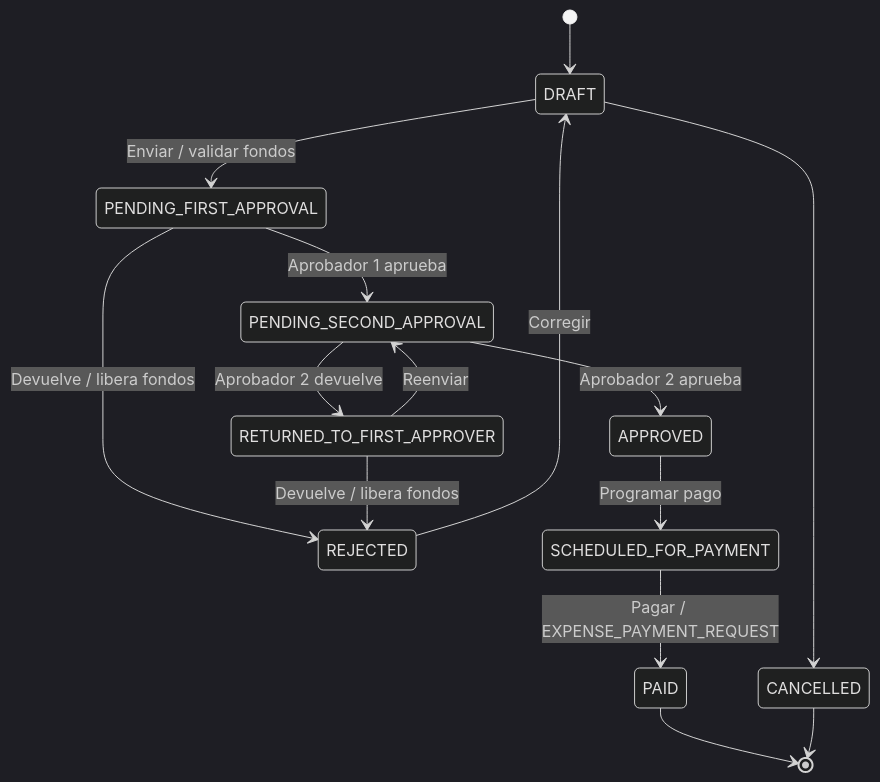
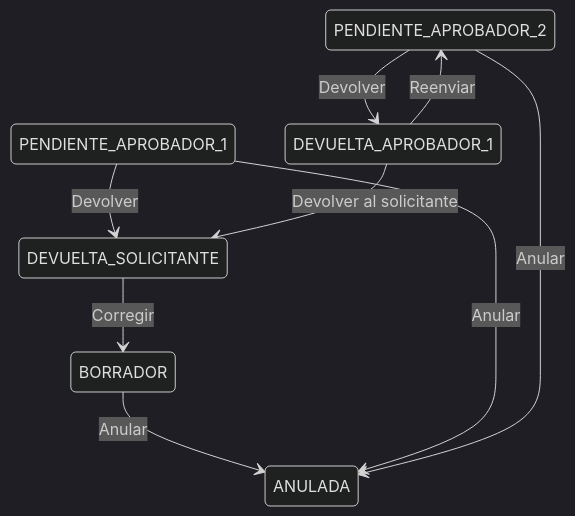
The second of 5 diagrams in docs/04-state-machine.md (DevSantiago/sistema-obras), drawn with Mermaid (dark theme) before and after one commit. The commit also changed other lines of this file and 18 other files, not shown here.

````diff
--- a/docs/04-state-machine.md
+++ b/docs/04-state-machine.md
@@ -46,17 +32,11 @@
 ```mermaid
 stateDiagram-v2
-    [*] --> DRAFT
-    DRAFT --> PENDING_FIRST_APPROVAL: Enviar / validar fondos
-    DRAFT --> CANCELLED
-    PENDING_FIRST_APPROVAL --> PENDING_SECOND_APPROVAL: Aprobador 1 aprueba
-    PENDING_FIRST_APPROVAL --> REJECTED: Devuelve / libera fondos
-    PENDING_SECOND_APPROVAL --> APPROVED: Aprobador 2 aprueba
-    PENDING_SECOND_APPROVAL --> RETURNED_TO_FIRST_APPROVER: Aprobador 2 devuelve
-    RETURNED_TO_FIRST_APPROVER --> PENDING_SECOND_APPROVAL: Reenviar
-    RETURNED_TO_FIRST_APPROVER --> REJECTED: Devuelve / libera fondos
-    REJECTED --> DRAFT: Corregir
-    APPROVED --> SCHEDULED_FOR_PAYMENT: Programar pago
-    SCHEDULED_FOR_PAYMENT --> PAID: Pagar / EXPENSE_PAYMENT_REQUEST
-    PAID --> [*]
-    CANCELLED --> [*]
+    PENDIENTE_APROBADOR_1 --> DEVUELTA_SOLICITANTE: Devolver
+    DEVUELTA_SOLICITANTE --> BORRADOR: Corregir
+    PENDIENTE_APROBADOR_2 --> DEVUELTA_APROBADOR_1: Devolver
+    DEVUELTA_APROBADOR_1 --> PENDIENTE_APROBADOR_2: Reenviar
+    DEVUELTA_APROBADOR_1 --> DEVUELTA_SOLICITANTE: Devolver al solicitante
+    BORRADOR --> ANULADA: Anular
+    PENDIENTE_APROBADOR_1 --> ANULADA: Anular
+    PENDIENTE_APROBADOR_2 --> ANULADA: Anular
 ```
````
